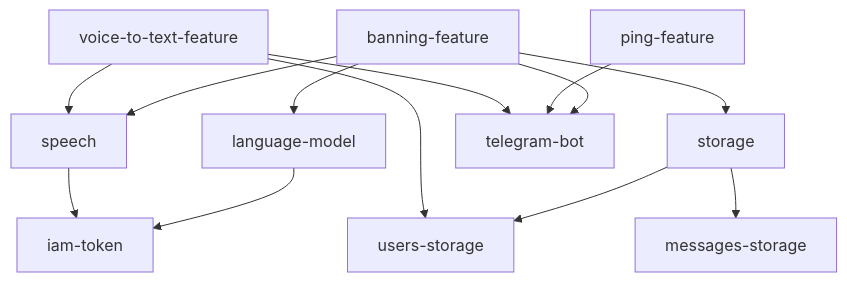
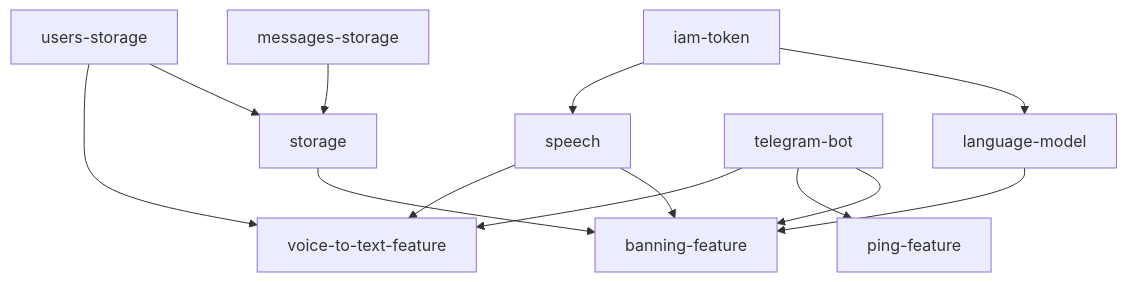
The diagram in README.md (ThingsInLoop/vitalik-lamar), drawn with Mermaid before and after one commit. The commit also changed other lines of this file and 1 other file, not shown here.

Commit message:
fix flowchart

````diff
--- a/README.md
+++ b/README.md
@@ -14,25 +14,25 @@
  ```mermaid
- flowchart TD
+flowchart TD
     voice-to-text-feature;
     speech;
     ping-feature;
     banning-feature;
     storage;
     language-model;
     telegram-bot;
     iam-token;
     messages-storage;
     users-storage;
-    voice-to-text-feature --> speech;
-    voice-to-text-feature --> telegram-bot;
-    voice-to-text-feature --> users-storage;
-    speech --> iam-token;
-    ping-feature --> telegram-bot;
-    banning-feature --> speech;
-    banning-feature --> language-model;
-    banning-feature --> storage;
-    banning-feature --> telegram-bot;
-    storage --> messages-storage;
-    storage --> users-storage;
-    language-model --> iam-token;
+    users-storage --> voice-to-text-feature;
+    telegram-bot --> voice-to-text-feature;
+    speech --> voice-to-text-feature;
+    iam-token --> speech;
+    telegram-bot --> ping-feature;
+    storage --> banning-feature;
+    telegram-bot --> banning-feature;
+    language-model --> banning-feature;
+    speech --> banning-feature;
+    users-storage --> storage;
+    messages-storage --> storage;
+    iam-token --> language-model;
 ```
````
